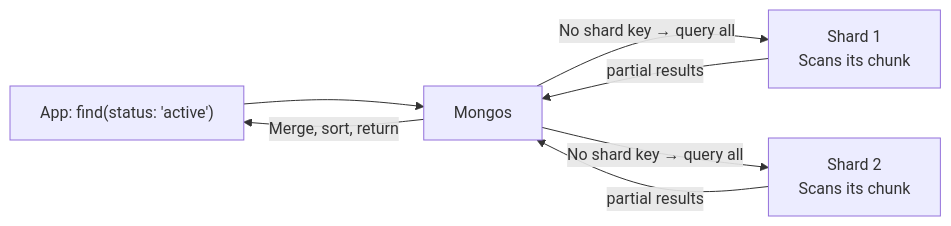
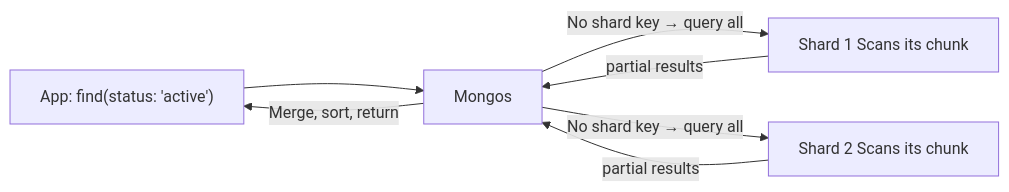
The fifth of 6 diagrams in materials/nosql/05-mongodb-sharding/01-sharding-architecture.md (afekash/project_shopflow-afek), drawn with Mermaid before and after one commit. The commit also changed other lines of this file and 5 other files, not shown here.

````diff
--- a/materials/nosql/05-mongodb-sharding/01-sharding-architecture.md
+++ b/materials/nosql/05-mongodb-sharding/01-sharding-architecture.md
@@ -185,9 +185,9 @@
 ```mermaid
 graph LR
     App["App: find(status: 'active')"] --> Mongos
-    Mongos -->|"No shard key → query all"| S1["Shard 1\nScans its chunk"]
-    Mongos -->|"No shard key → query all"| S2["Shard 2\nScans its chunk"]
+    Mongos -->|"No shard key → query all"| S1["Shard 1 Scans its chunk"]
+    Mongos -->|"No shard key → query all"| S2["Shard 2 Scans its chunk"]
     S1 -->|"partial results"| Mongos
     S2 -->|"partial results"| Mongos
     Mongos -->|"Merge, sort, return"| App
 ```
````
